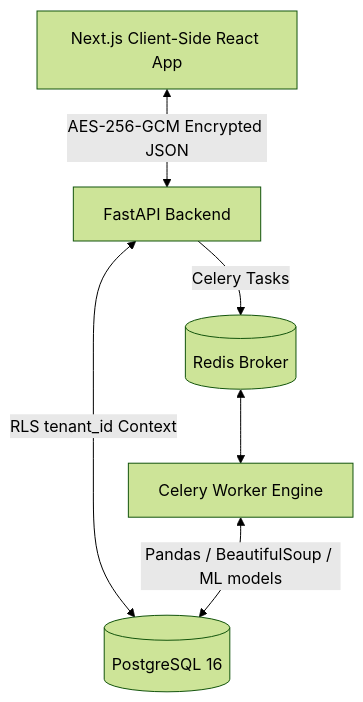
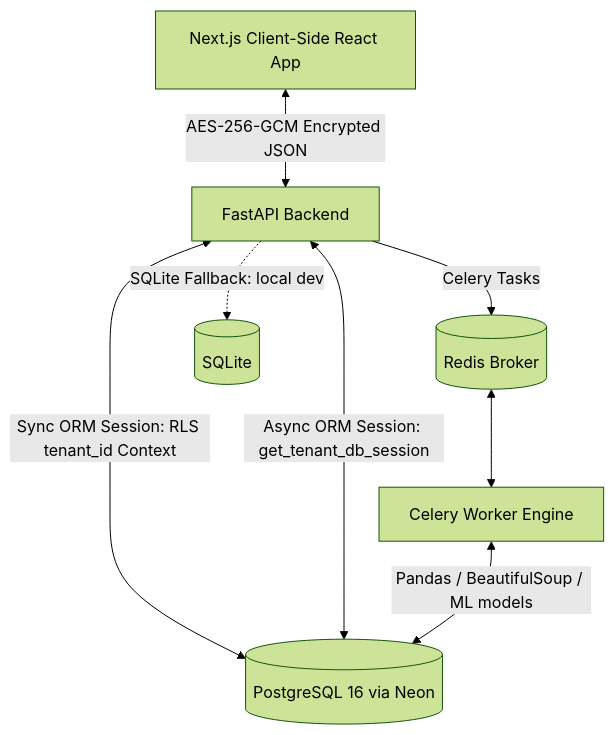
The diagram in brain/architecture.md (ganeshzambare-git/Secure-data-Analytics-Saas-platform), drawn with Mermaid (forest theme) before and after one commit. The commit also changed other lines of this file and 52 other files, not shown here.

````diff
--- a/brain/architecture.md
+++ b/brain/architecture.md
@@ -4,8 +4,10 @@
 ```mermaid
 graph TD
     Client[Next.js Client-Side React App] <-->|AES-256-GCM Encrypted JSON| FastAPI[FastAPI Backend]
-    FastAPI <-->|RLS tenant_id Context| Postgres[(PostgreSQL 16)]
+    FastAPI <-->|Sync ORM Session: RLS tenant_id Context| Postgres[(PostgreSQL 16 via Neon)]
+    FastAPI <-->|Async ORM Session: get_tenant_db_session| Postgres
     FastAPI -->|Celery Tasks| Redis[(Redis Broker)]
     Redis <--> Celery[Celery Worker Engine]
     Celery <-->|Pandas / BeautifulSoup / ML models| Postgres
+    FastAPI -.->|SQLite Fallback: local dev| SQLite[(SQLite)]
 ```
````
